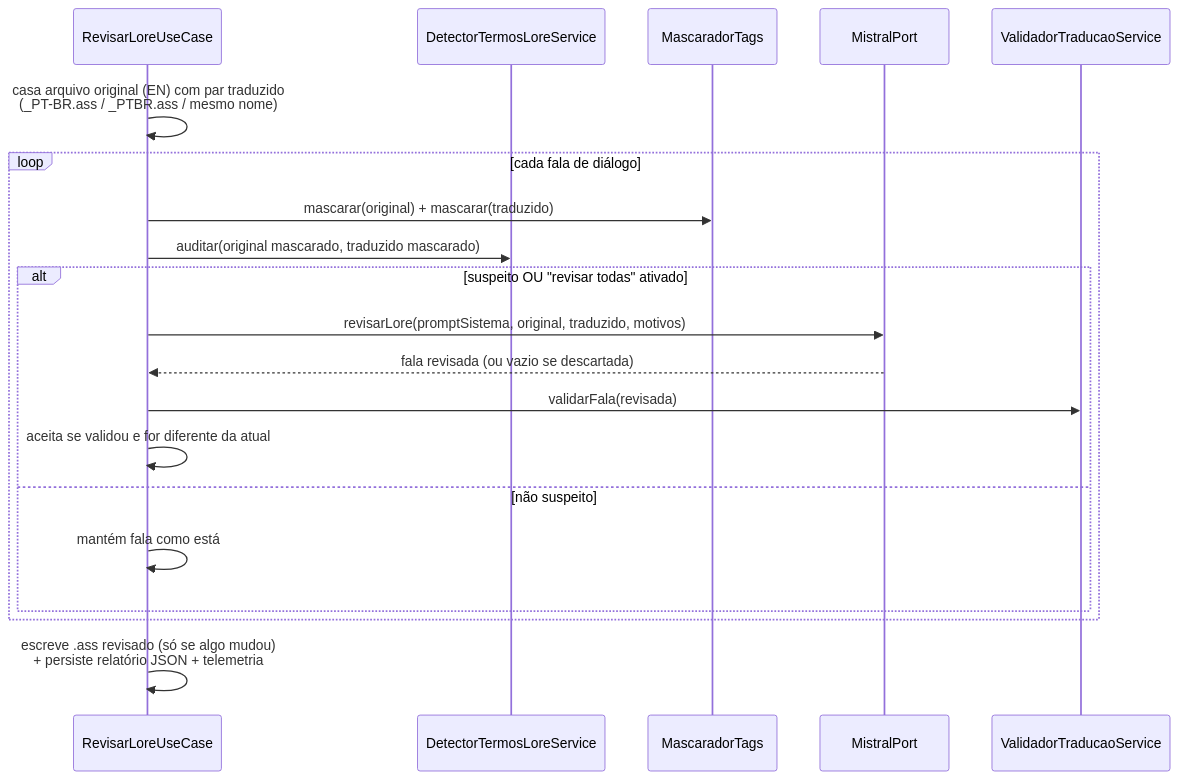
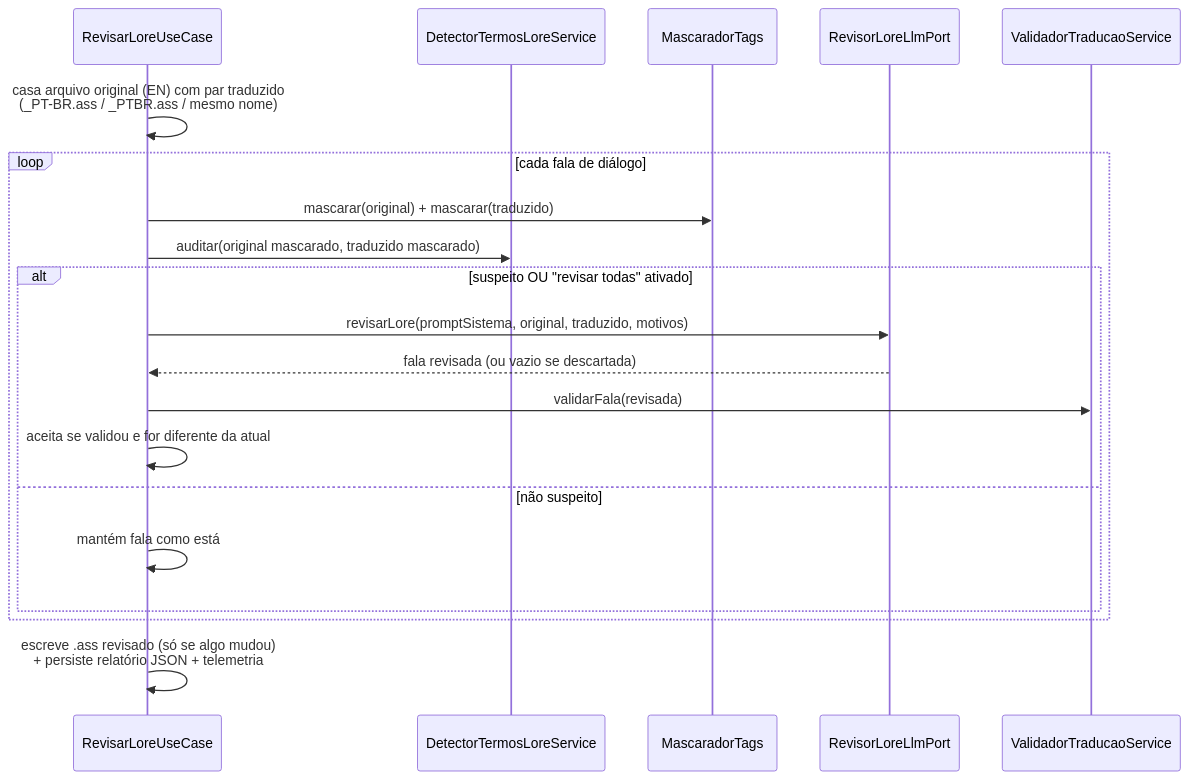
The diagram in docs/16-modulo-revisao-lore.md (carmipa/traducao_animes_llm_local_quarkus-1), drawn with Mermaid before and after one commit. The commit also changed 5 other files, not shown here.

````diff
--- a/docs/16-modulo-revisao-lore.md
+++ b/docs/16-modulo-revisao-lore.md
@@ -40,23 +40,23 @@
 ```mermaid
 sequenceDiagram
     participant UC as RevisarLoreUseCase
     participant Det as DetectorTermosLoreService
     participant Mask as MascaradorTags
-    participant LLM as MistralPort
+    participant LLM as RevisorLoreLlmPort
     participant Val as ValidadorTraducaoService
 
     UC->>UC: casa arquivo original (EN) com par traduzido<br/>(_PT-BR.ass / _PTBR.ass / mesmo nome)
     loop cada fala de diálogo
         UC->>Mask: mascarar(original) + mascarar(traduzido)
         UC->>Det: auditar(original mascarado, traduzido mascarado)
         alt suspeito OU "revisar todas" ativado
             UC->>LLM: revisarLore(promptSistema, original, traduzido, motivos)
             LLM-->>UC: fala revisada (ou vazio se descartada)
             UC->>Val: validarFala(revisada)
             UC->>UC: aceita se validou e for diferente da atual
         else não suspeito
             UC->>UC: mantém fala como está
         end
     end
     UC->>UC: escreve .ass revisado (só se algo mudou)<br/>+ persiste relatório JSON + telemetria
 ```
````
